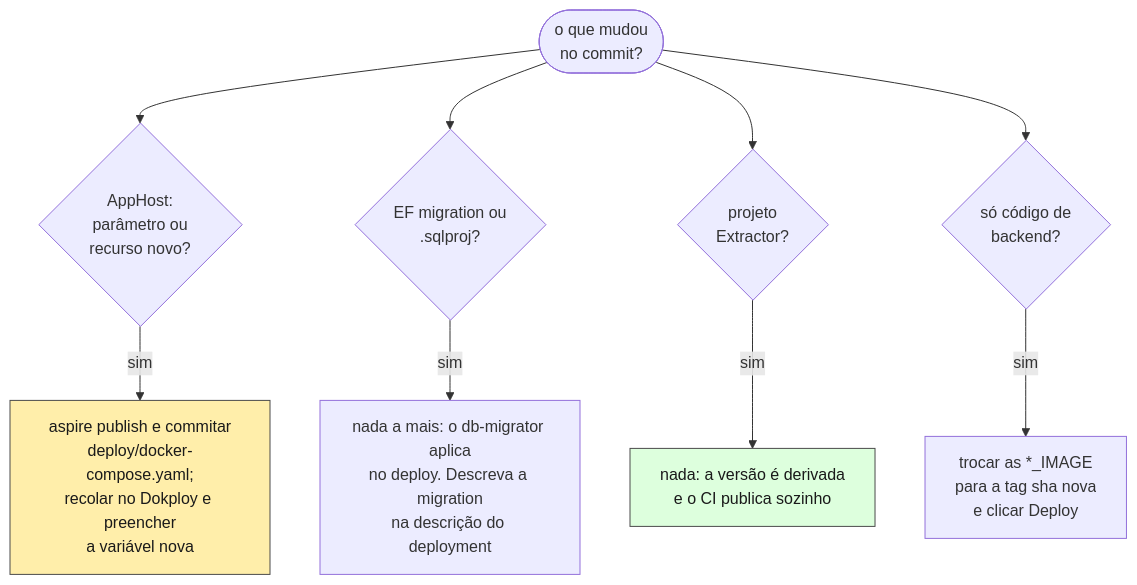
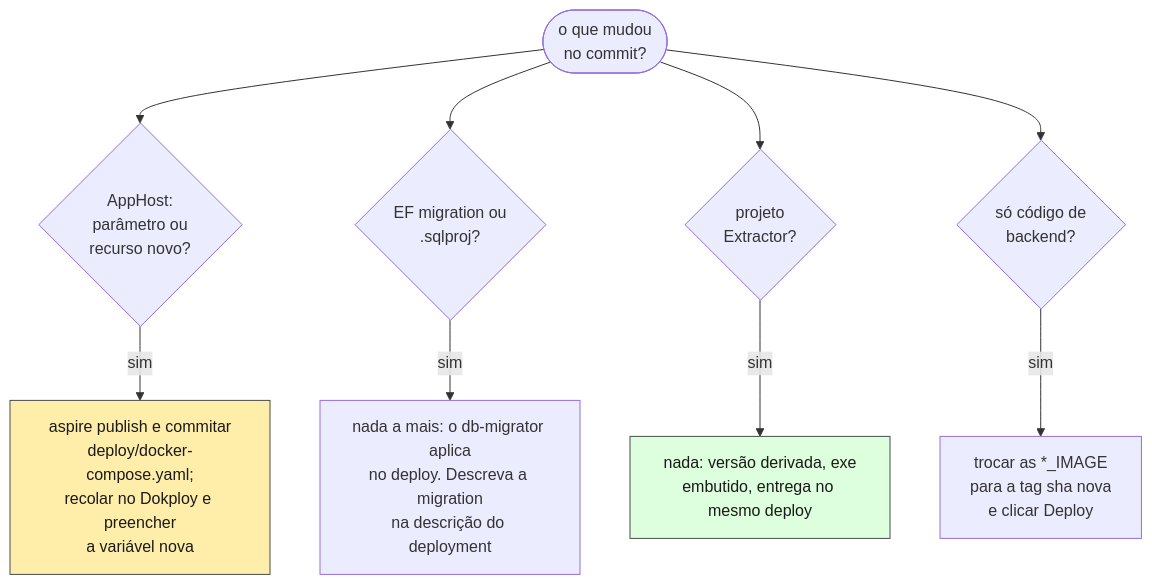
Before and after one commit to procfit/MLDemandForcastPOC: diagram 11 of 11 in Docs/fluxo-de-entrega.md, drawn with Mermaid. The commit also changed other lines of this file and 3 other files, not shown here.

````diff
--- a/Docs/fluxo-de-entrega.md
+++ b/Docs/fluxo-de-entrega.md
@@ -355,17 +357,17 @@
 ```mermaid
 flowchart TB
     START(["o que mudou<br/>no commit?"])
 
     START --> Q_APP{"AppHost:<br/>parâmetro ou<br/>recurso novo?"}
     START --> Q_MIG{"EF migration ou<br/>.sqlproj?"}
     START --> Q_EXT{"projeto<br/>Extractor?"}
     START --> Q_COD{"só código de<br/>backend?"}
 
     Q_APP -->|sim| A_APP["aspire publish e commitar<br/>deploy/docker-compose.yaml;<br/>recolar no Dokploy e preencher<br/>a variável nova"]
     Q_MIG -->|sim| A_MIG["nada a mais: o db-migrator aplica<br/>no deploy. Descreva a migration<br/>na descrição do deployment"]
-    Q_EXT -->|sim| A_EXT["nada: a versão é derivada<br/>e o CI publica sozinho"]
+    Q_EXT -->|sim| A_EXT["nada: versão derivada, exe<br/>embutido, entrega no mesmo deploy"]
     Q_COD -->|sim| A_COD["trocar as *_IMAGE<br/>para a tag sha nova<br/>e clicar Deploy"]
 
     style A_APP fill:#fea,stroke:#4a4a4a,color:#1a1a1a
     style A_EXT fill:#dfd,stroke:#4a4a4a,color:#1a1a1a
 ```
````
